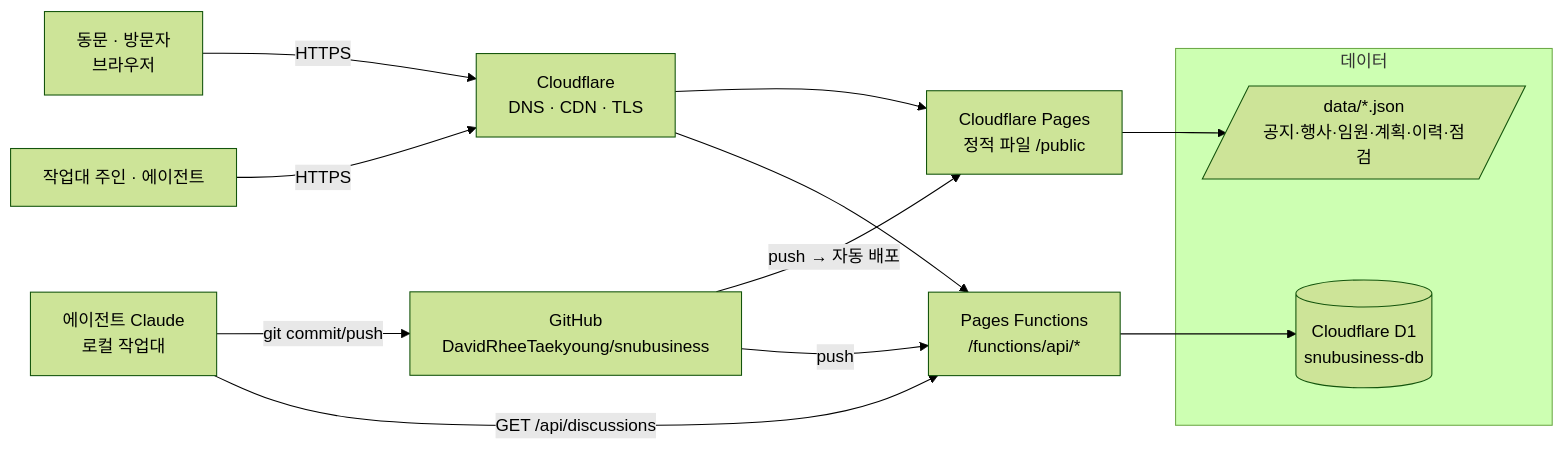
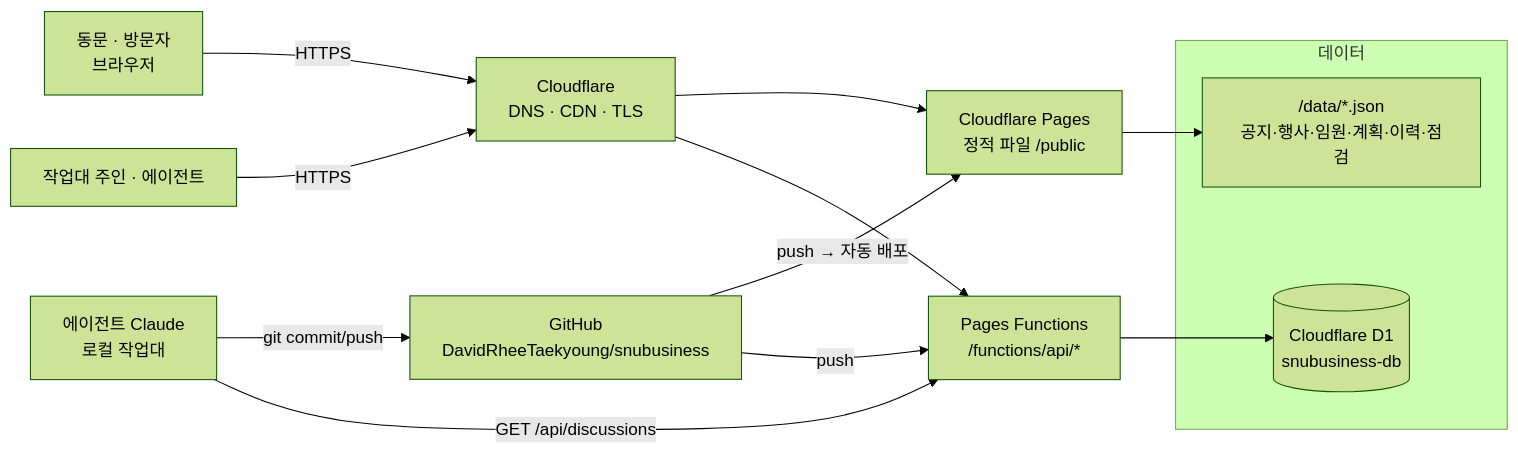
Before and after one commit to DavidRheeTaekyoung/snubusiness: the first of 3 diagrams in site/public/content/overview.md, drawn with Mermaid (forest theme). The commit also changed other lines of this file and 3 other files, not shown here.

Commit message:
fix: mobile header wrapping, mermaid labels, diagram background

````diff
--- a/site/public/content/overview.md
+++ b/site/public/content/overview.md
@@ -39,17 +39,17 @@
 ```mermaid
 flowchart LR
-  U[동문 · 방문자<br/>브라우저] -->|HTTPS| CF[Cloudflare<br/>DNS · CDN · TLS]
-  A[작업대 주인 · 에이전트] -->|HTTPS| CF
-  CF --> P[Cloudflare Pages<br/>정적 파일 /public]
-  CF --> F[Pages Functions<br/>/functions/api/*]
-  F --> D1[(Cloudflare D1<br/>snubusiness-db)]
-  GH[GitHub<br/>DavidRheeTaekyoung/snubusiness] -->|push → 자동 배포| P
+  U["동문 · 방문자<br/>브라우저"] -->|HTTPS| CF["Cloudflare<br/>DNS · CDN · TLS"]
+  A["작업대 주인 · 에이전트"] -->|HTTPS| CF
+  CF --> P["Cloudflare Pages<br/>정적 파일 /public"]
+  CF --> F["Pages Functions<br/>/functions/api/*"]
+  F --> D1[("Cloudflare D1<br/>snubusiness-db")]
+  GH["GitHub<br/>DavidRheeTaekyoung/snubusiness"] -->|push → 자동 배포| P
   GH -->|push| F
-  AG[에이전트 Claude<br/>로컬 작업대] -->|git commit/push| GH
+  AG["에이전트 Claude<br/>로컬 작업대"] -->|git commit/push| GH
   AG -->|GET /api/discussions| F
   subgraph 데이터
     D1
-    J[/data/*.json<br/>공지·행사·임원·계획·이력·점검/]
+    J["/data/*.json<br/>공지·행사·임원·계획·이력·점검"]
   end
   P --> J
 ```
````
